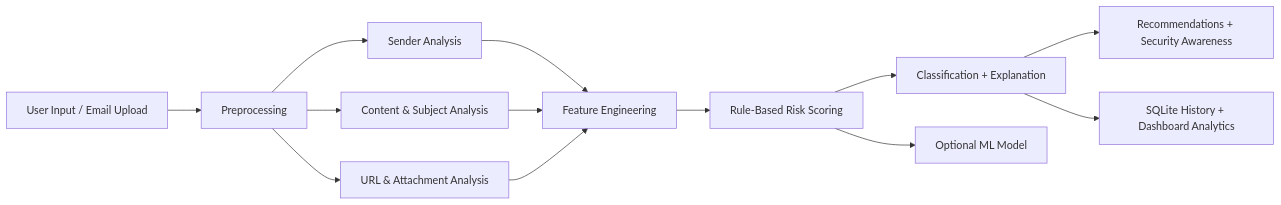
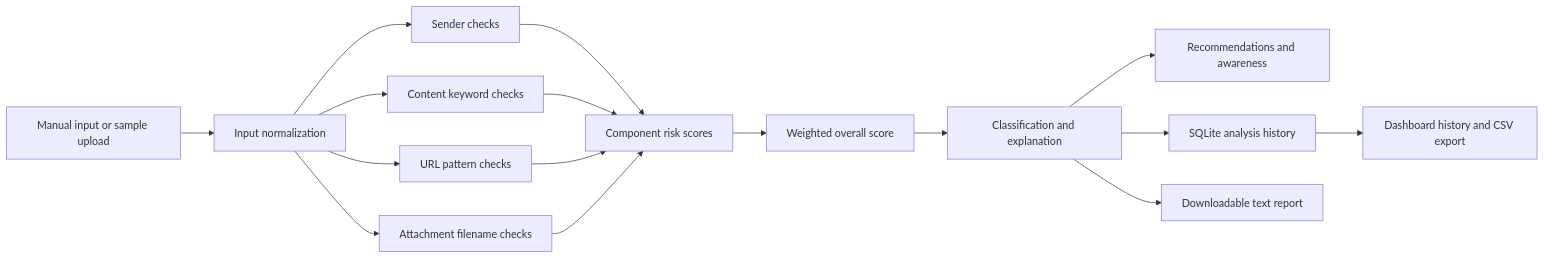
Before and after one commit to adarshsrivastav23905/Phishing-Email-Detection-Awareness-Dashboard: the diagram in README.md, drawn with Mermaid. The commit also changed other lines of this file and 1 other file, not shown here.

````diff
--- a/README.md
+++ b/README.md
@@ -40,15 +72,18 @@
 ```mermaid
 flowchart LR
-    A[User Input / Email Upload] --> B[Preprocessing]
-    B --> C[Sender Analysis]
-    B --> D[Content & Subject Analysis]
-    B --> E[URL & Attachment Analysis]
-    C --> F[Feature Engineering]
-    D --> F
-    E --> F
-    F --> G[Rule-Based Risk Scoring]
-    G --> H[Classification + Explanation]
-    H --> I[Recommendations + Security Awareness]
-    H --> J[SQLite History + Dashboard Analytics]
-    G --> K[Optional ML Model]
+    A[Manual input or sample upload] --> B[Input normalization]
+    B --> C[Sender checks]
+    B --> D[Content keyword checks]
+    B --> E[URL pattern checks]
+    B --> F[Attachment filename checks]
+    C --> G[Component risk scores]
+    D --> G
+    E --> G
+    F --> G
+    G --> H[Weighted overall score]
+    H --> I[Classification and explanation]
+    I --> J[Recommendations and awareness]
+    I --> K[SQLite analysis history]
+    K --> L[Dashboard history and CSV export]
+    I --> M[Downloadable text report]
 ```
````
